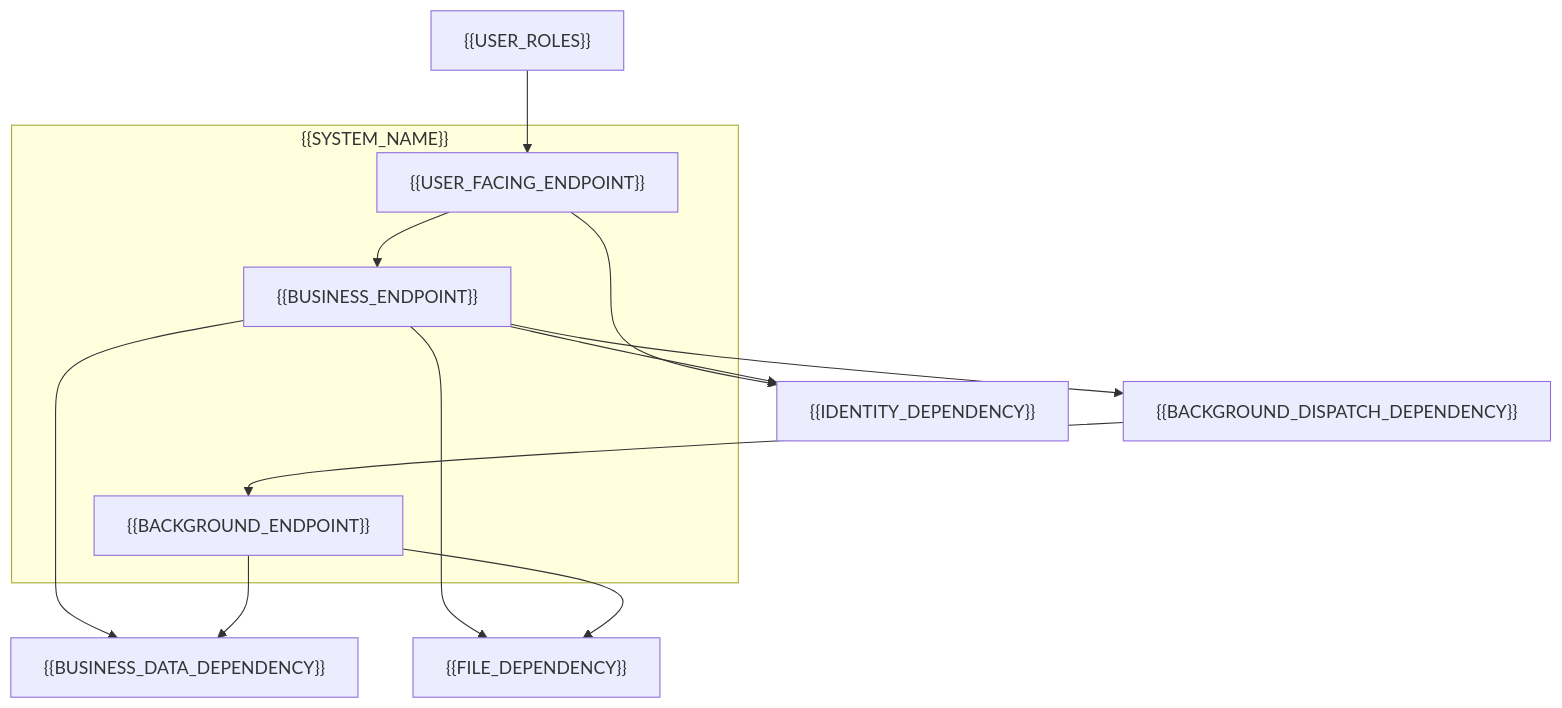
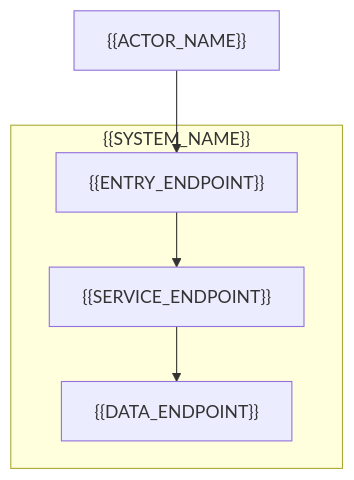
The diagram in .agents/skills/system-analysis/templates/plan.md (ba1679/ai-bdd-skills), drawn with Mermaid before and after one commit. The commit also changed other lines of this file and 6 other files, not shown here.

Commit message:
Refactor system analysis plan template: streamline sections, update diagrams, and clarify roles and responsibilities

````diff
--- a/.agents/skills/system-analysis/templates/plan.md
+++ b/.agents/skills/system-analysis/templates/plan.md
@@ -11,16 +10,8 @@
 ```mermaid
 flowchart TB
-    USERS["{{USER_ROLES}}"] --> ENTRY
+    ACTOR["{{ACTOR_NAME}}"] --> ENTRY["{{ENTRY_ENDPOINT}}"]
     subgraph SYS["{{SYSTEM_NAME}}"]
-        ENTRY["{{USER_FACING_ENDPOINT}}"] --> SERVICE["{{BUSINESS_ENDPOINT}}"]
-        WORKER["{{BACKGROUND_ENDPOINT}}"]
+        ENTRY --> SERVICE["{{SERVICE_ENDPOINT}}"]
+        SERVICE --> DATA["{{DATA_ENDPOINT}}"]
     end
-    ENTRY --> IDENTITY["{{IDENTITY_DEPENDENCY}}"]
-    SERVICE --> IDENTITY
-    SERVICE --> DATA["{{BUSINESS_DATA_DEPENDENCY}}"]
-    SERVICE --> FILES["{{FILE_DEPENDENCY}}"]
-    SERVICE --> DISPATCH["{{BACKGROUND_DISPATCH_DEPENDENCY}}"]
-    DISPATCH --> WORKER
-    WORKER --> DATA
-    WORKER --> FILES
 ```
````
